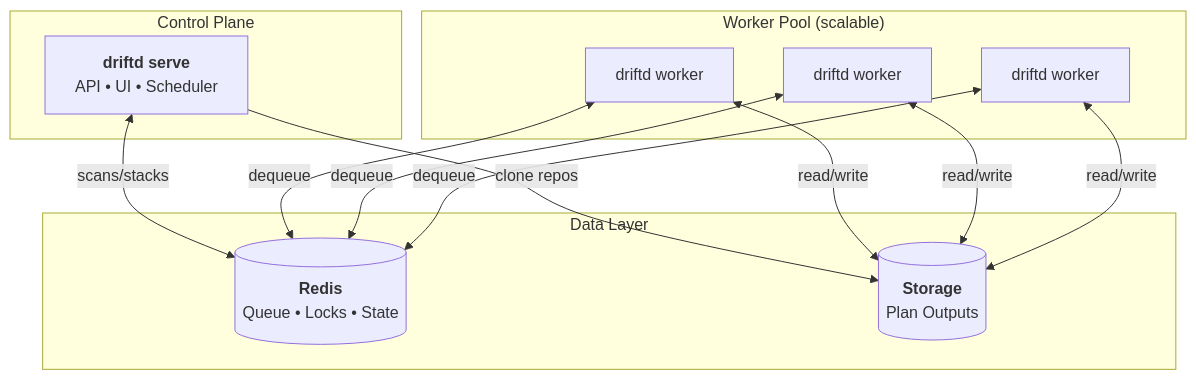
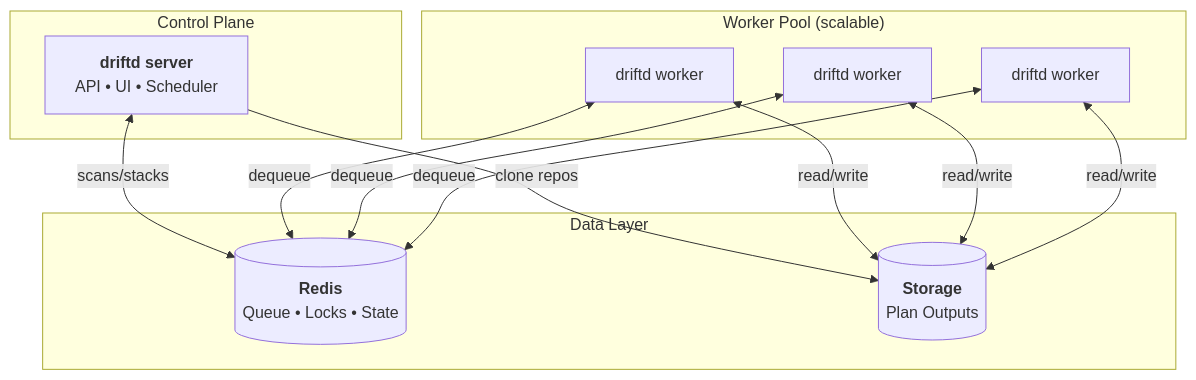
Before and after one commit to driftdhq/driftd: the diagram in README.md, drawn with Mermaid.

Commit message:
Update README diagram label

````diff
--- a/README.md
+++ b/README.md
@@ -51,22 +51,22 @@
 ```mermaid
 flowchart TB
     subgraph Control["Control Plane"]
-        Server["<b>driftd serve</b><br/>API &bull; UI &bull; Scheduler"]
+        Server["<b>driftd server</b><br/>API &bull; UI &bull; Scheduler"]
     end
 
     subgraph Data["Data Layer"]
         Redis[("<b>Redis</b><br/>Queue &bull; Locks &bull; State")]
         Storage[("<b>Storage</b><br/>Plan Outputs")]
     end
 
     subgraph Workers["Worker Pool (scalable)"]
         W1["driftd worker"]
         W2["driftd worker"]
         W3["driftd worker"]
     end
 
     Server <--> |"scans/stacks"| Redis
     Server --> |"clone repos"| Storage
     W1 & W2 & W3 <--> |"dequeue"| Redis
     W1 & W2 & W3 <--> |"read/write"| Storage
 ```
````
